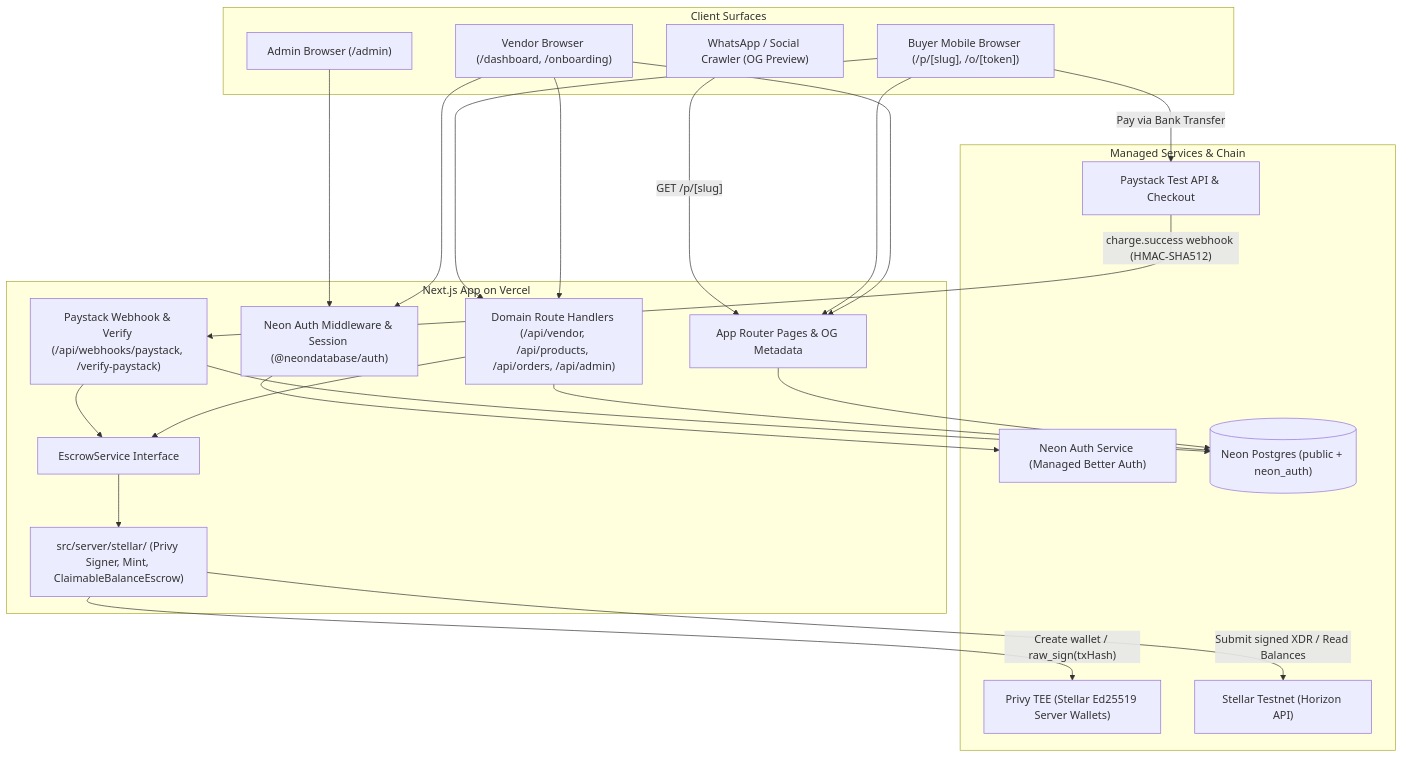
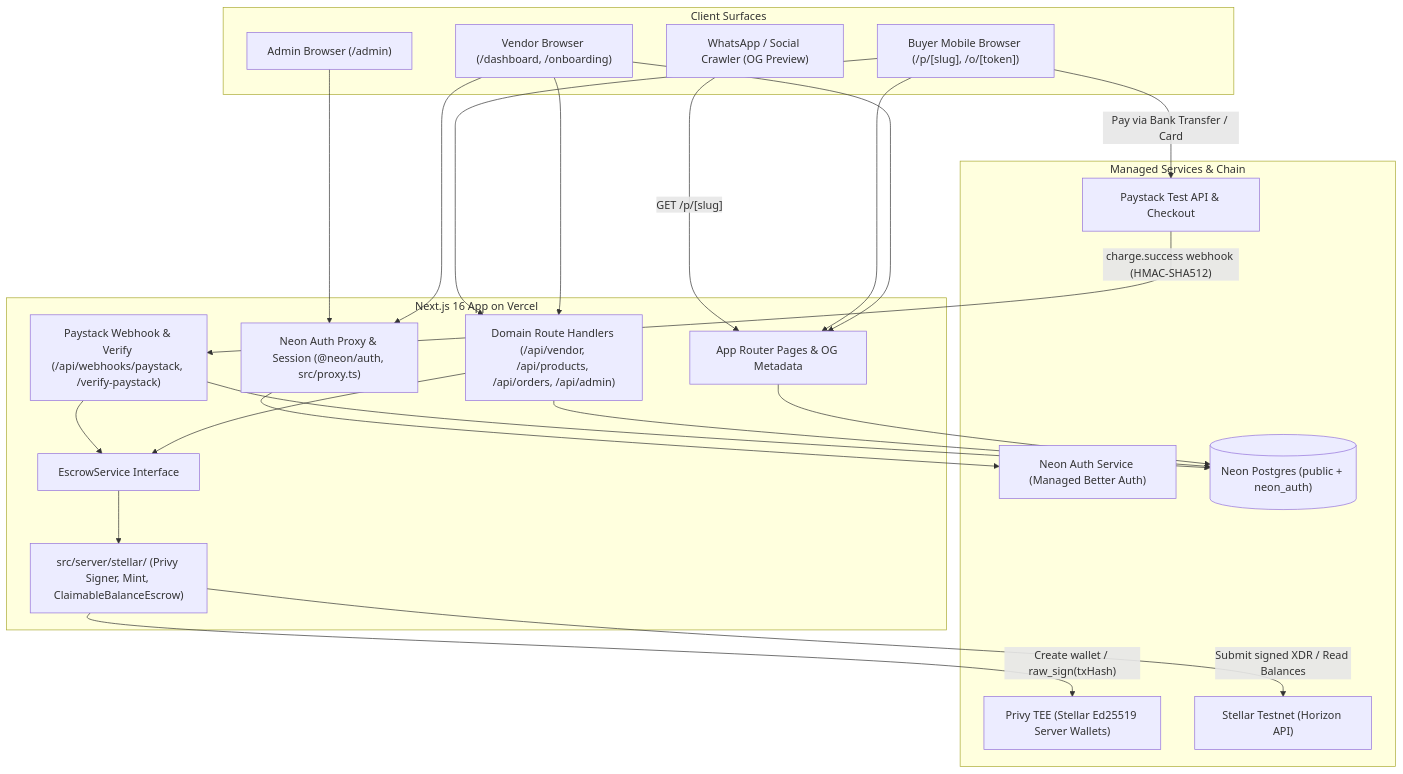
The first of 2 diagrams in system-design.md (orunganiekan/Escrow-pay-link), drawn with Mermaid before and after one commit. The commit also changed other lines of this file and 31 other files, not shown here.

````diff
--- a/system-design.md
+++ b/system-design.md
@@ -42,44 +43,44 @@
 ```mermaid
 flowchart TB
     subgraph Clients["Client Surfaces"]
         VendorBrowser["Vendor Browser (/dashboard, /onboarding)"]
         BuyerPhone["Buyer Mobile Browser (/p/[slug], /o/[token])"]
         WhatsAppCrawler["WhatsApp / Social Crawler (OG Preview)"]
         AdminBrowser["Admin Browser (/admin)"]
     end
 
-    subgraph NextApp["Next.js App on Vercel"]
-        NeonAuthSDK["Neon Auth Middleware & Session (@neondatabase/auth)"]
+    subgraph NextApp["Next.js 16 App on Vercel"]
+        NeonAuthSDK["Neon Auth Proxy & Session (@neon/auth, src/proxy.ts)"]
         SSR["App Router Pages & OG Metadata"]
         API["Domain Route Handlers (/api/vendor, /api/products, /api/orders, /api/admin)"]
         PaystackHook["Paystack Webhook & Verify (/api/webhooks/paystack, /verify-paystack)"]
         EscrowIf["EscrowService Interface"]
         StellarLib["src/server/stellar/ (Privy Signer, Mint, ClaimableBalanceEscrow)"]
     end
 
     subgraph External["Managed Services & Chain"]
         NeonAuthSvc["Neon Auth Service (Managed Better Auth)"]
         NeonDB[("Neon Postgres (public + neon_auth)")]
         PrivyTEE["Privy TEE (Stellar Ed25519 Server Wallets)"]
         PaystackAPI["Paystack Test API & Checkout"]
         Horizon["Stellar Testnet (Horizon API)"]
     end
 
     VendorBrowser --> NeonAuthSDK --> NeonAuthSvc
     VendorBrowser --> SSR
     VendorBrowser --> API
     BuyerPhone --> SSR
     BuyerPhone --> API
-    BuyerPhone -->|"Pay via Bank Transfer"| PaystackAPI
+    BuyerPhone -->|"Pay via Bank Transfer / Card"| PaystackAPI
     PaystackAPI -->|"charge.success webhook (HMAC-SHA512)"| PaystackHook
     WhatsAppCrawler -->|"GET /p/[slug]"| SSR
     AdminBrowser --> NeonAuthSDK
 
     SSR --> NeonDB
     API --> NeonDB
     PaystackHook --> NeonDB
     API --> EscrowIf --> StellarLib
     PaystackHook --> EscrowIf
     StellarLib -->|"Create wallet / raw_sign(txHash)"| PrivyTEE
     StellarLib -->|"Submit signed XDR / Read Balances"| Horizon
 ```
````
